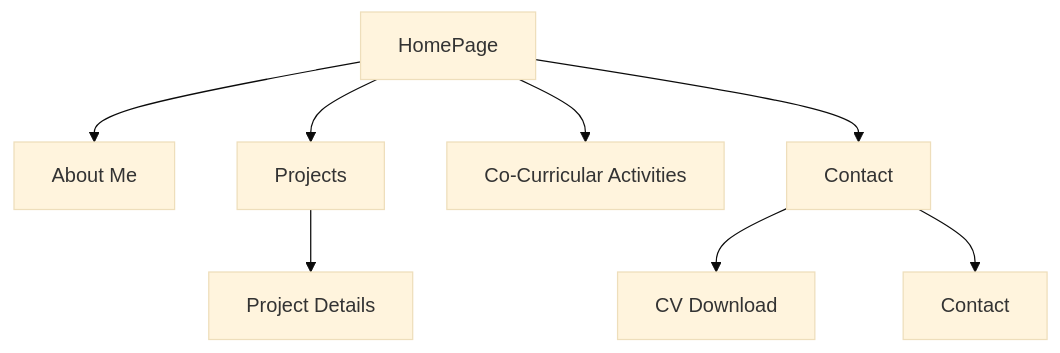
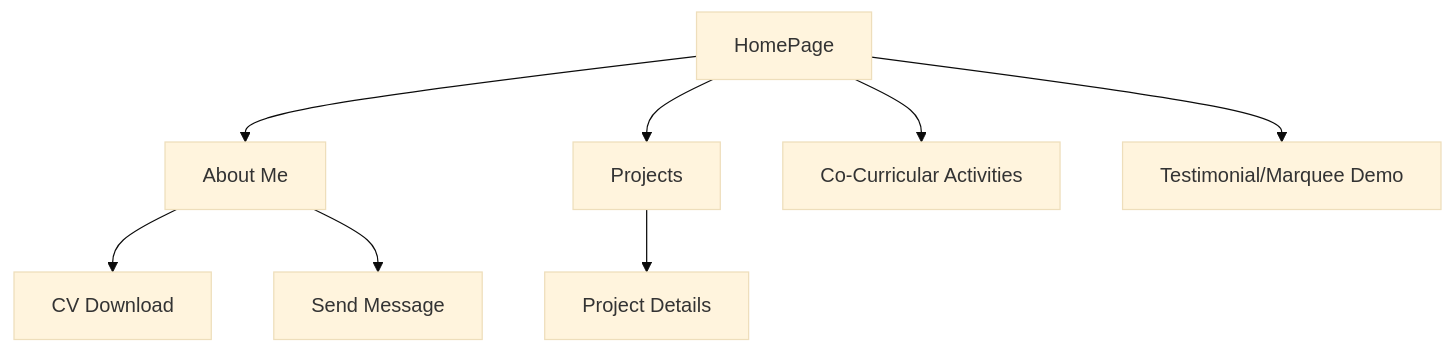
Before and after one commit to Tomalsan/Portfolio-REACT-: the diagram in README.md, drawn with Mermaid (base theme). The commit also changed other lines of this file, not shown here.

````diff
--- a/README.md
+++ b/README.md
@@ -42,10 +41,10 @@
 ```mermaid
 flowchart TD
     A[HomePage] --> B[About Me]
     A --> C[Projects]
     A --> D[Co-Curricular Activities]
-    A --> E[Contact]
+    A --> E[Testimonial/Marquee Demo]
     C --> F[Project Details]
-    E --> G[CV Download]
-    E --> H[Contact]
+    B --> G[CV Download]
+    B --> H[Send Message]
 ```
````
